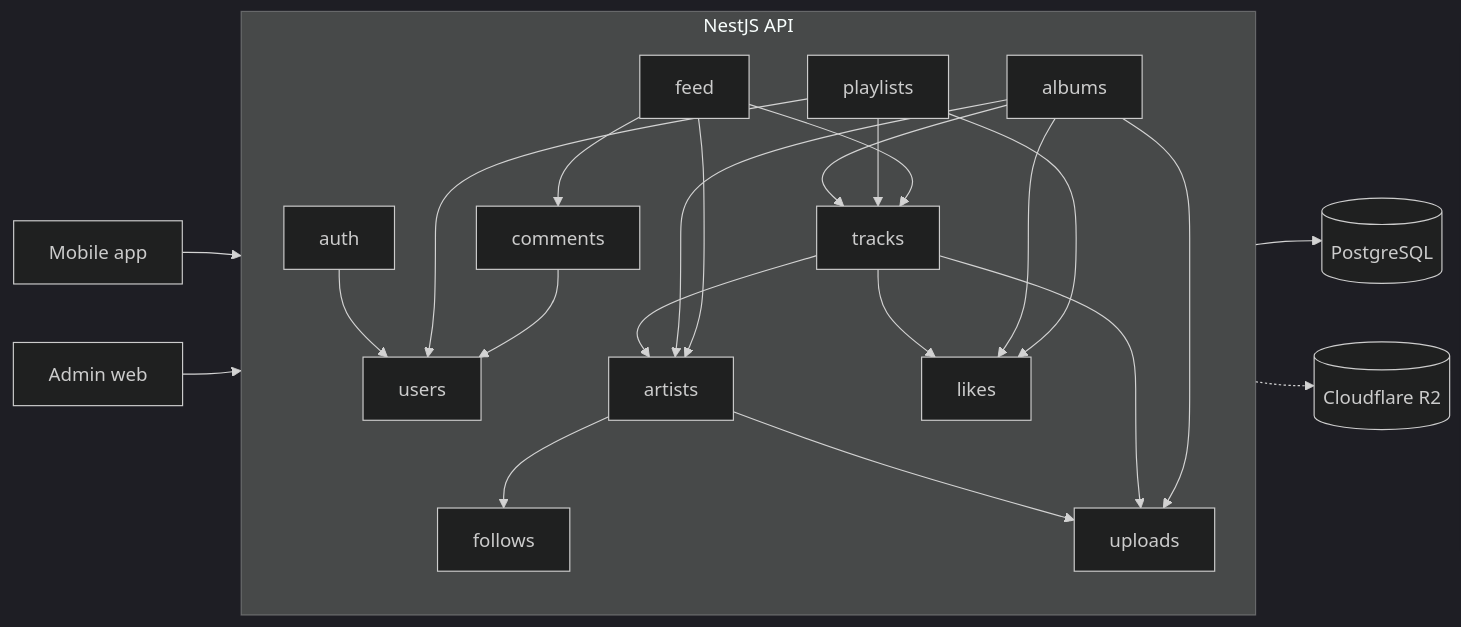
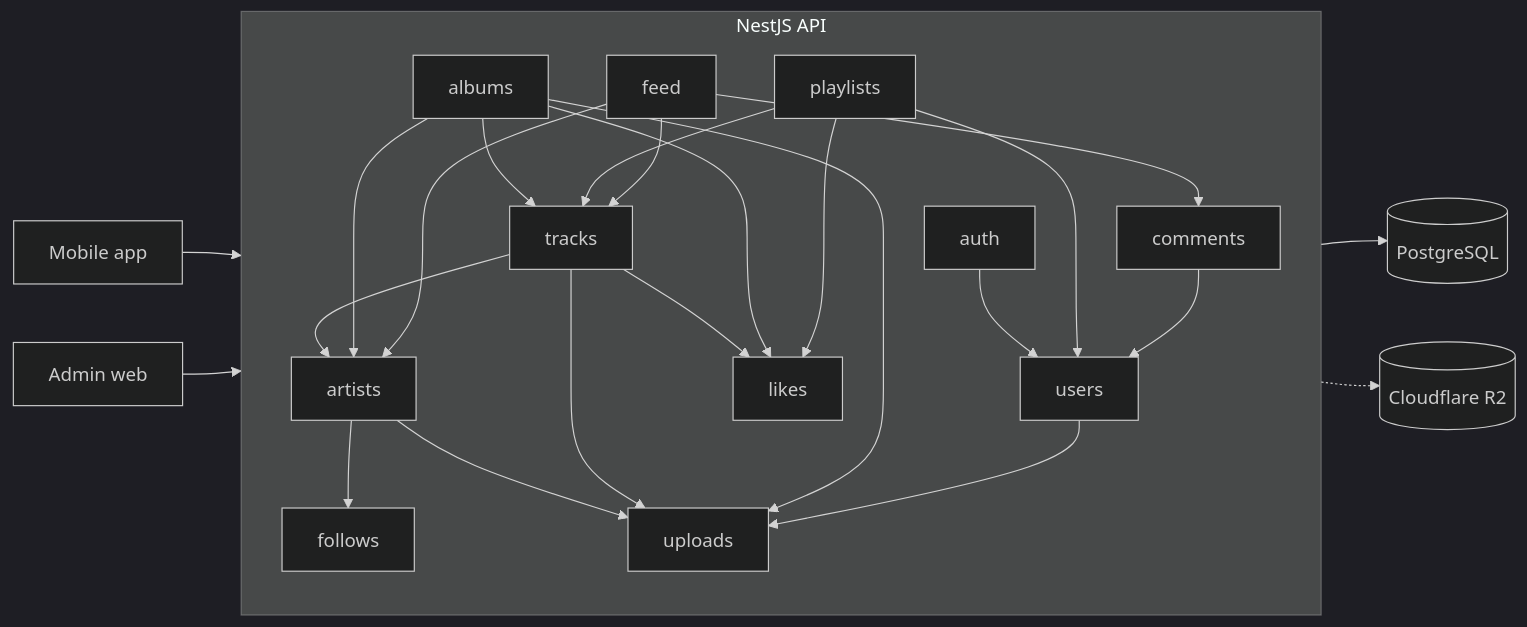
The first of 2 diagrams in README.md (vinhmai2109551/music-stream-app), drawn with Mermaid (dark theme) before and after one commit. The commit also changed 37 other files, not shown here.

````diff
--- a/README.md
+++ b/README.md
@@ -192,27 +192,28 @@
 ```mermaid
 flowchart LR
   Mobile[Mobile app] --> API
   Admin[Admin web] --> API
   subgraph API[NestJS API]
     direction TB
     auth --> users
     artists --> follows
     artists --> uploads
     tracks --> artists
     tracks --> likes
     tracks --> uploads
     albums --> tracks
     albums --> artists
     albums --> likes
     albums --> uploads
     playlists --> tracks
     playlists --> likes
     playlists --> users
     comments --> users
+    users --> uploads
     feed --> tracks
     feed --> artists
     feed --> comments
   end
   API --> DB[(PostgreSQL)]
   API -.-> R2[(Cloudflare R2)]
 ```
````
